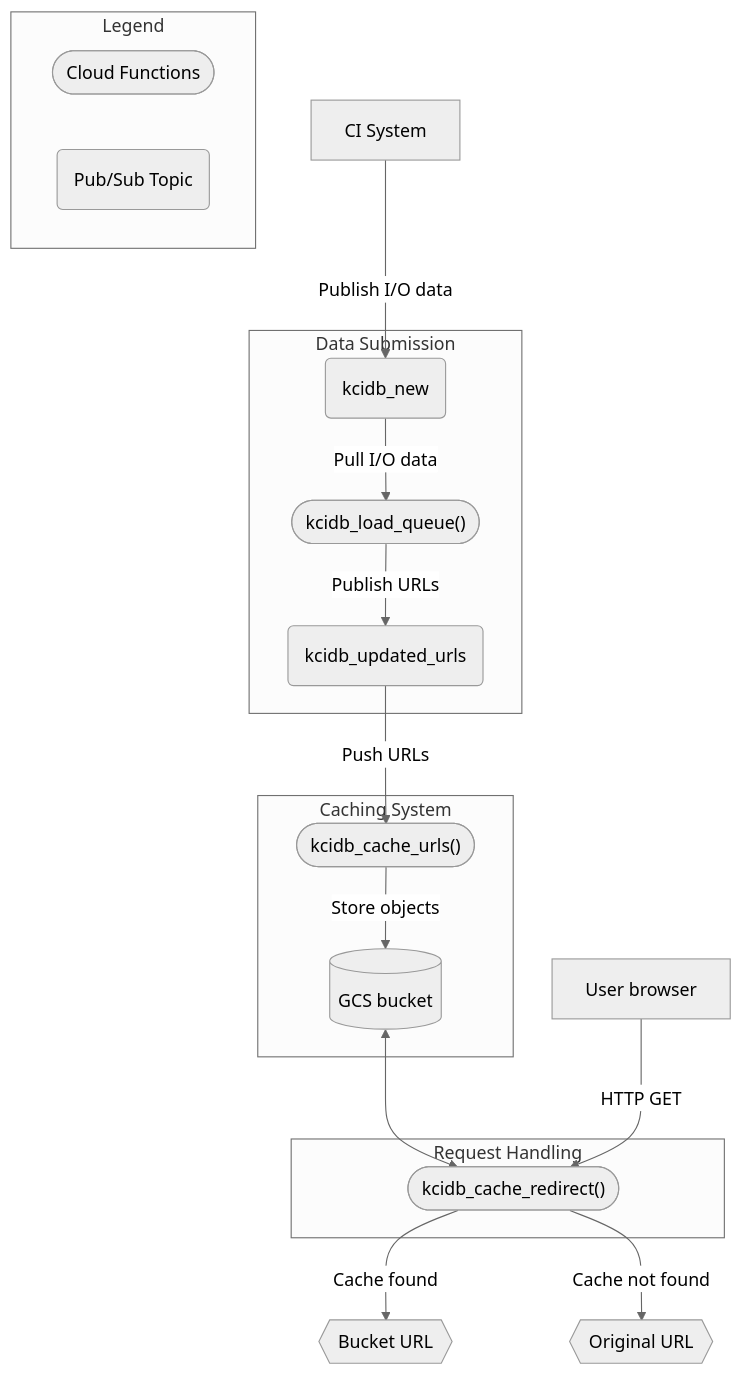
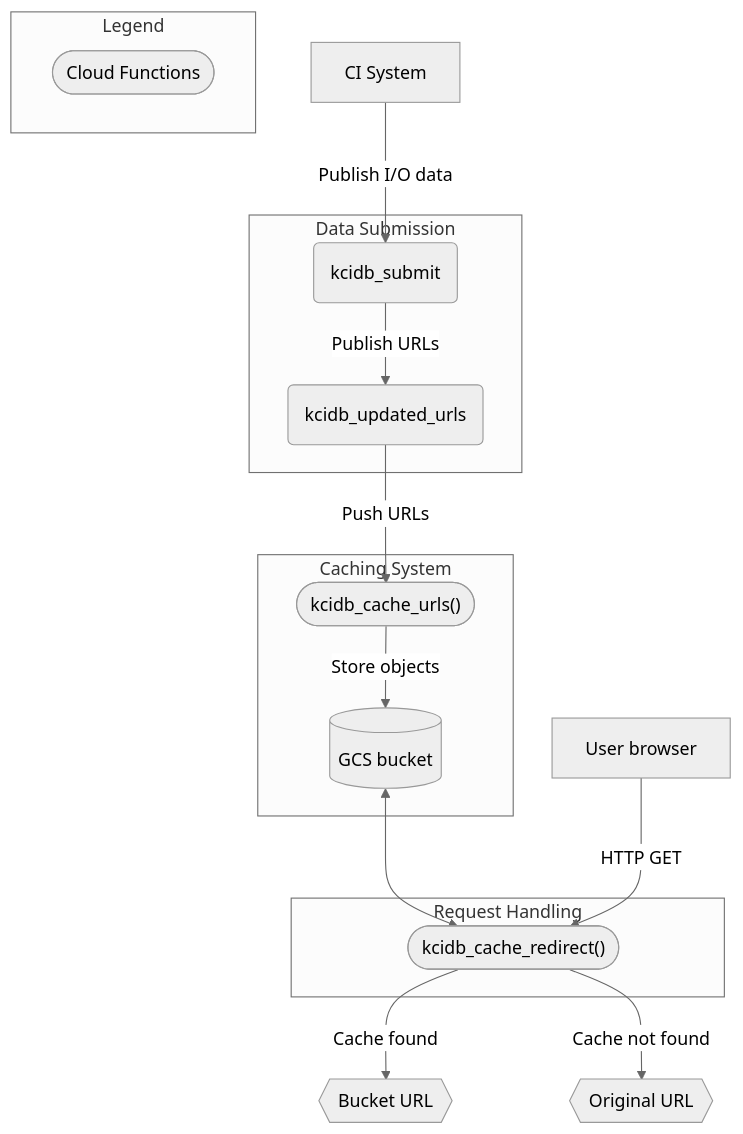
One commit to nuclearcat/kcidb changed the second of 2 diagrams in doc/administrator_guide.md. Above: the diagram before and after it, drawn with Mermaid (neutral theme). The commit also changed other lines of this file and 1 other file, not shown here.

Commit message:
Docs update to remove Pub/Sub guidance/diagrams; clarify REST-only submission and any migration notes.

````diff
--- a/doc/administrator_guide.md
+++ b/doc/administrator_guide.md
@@ -177,27 +149,25 @@
 ```mermaid
 flowchart TB
-    A[CI System] -->|Publish I/O data| B(kcidb_new)
+    A[CI System] -->|Publish I/O data| B(kcidb_submit)
 
     subgraph Data Submission
-        B(kcidb_new) -->|Pull I/O data| C(["kcidb_load_queue()"])
-        C(["kcidb_load_queue()"]) -->|Publish URLs| D(kcidb_updated_urls)
+        B(kcidb_submit) -->|Publish URLs| D(kcidb_updated_urls)
     end
 
     subgraph Caching System
         D(kcidb_updated_urls)-->|Push URLs| E([kcidb_cache_urls])
         E(["kcidb_cache_urls()"])-->|Store objects| F[(GCS bucket)]
     end
 
     subgraph Request Handling
         F[(GCS bucket)]<--> G(["kcidb_cache_redirect()"])
     end
 
     G(["kcidb_cache_redirect()"])-->|Cache found| I{{Bucket URL}}
     G(["kcidb_cache_redirect()"])-->|Cache not found| H{{Original URL}}
     J[User browser]-->|HTTP GET| G(["kcidb_cache_redirect()"])
 
     subgraph Legend
     K([Cloud Functions])
-    M(Pub/Sub Topic)
     end
 ```
````
